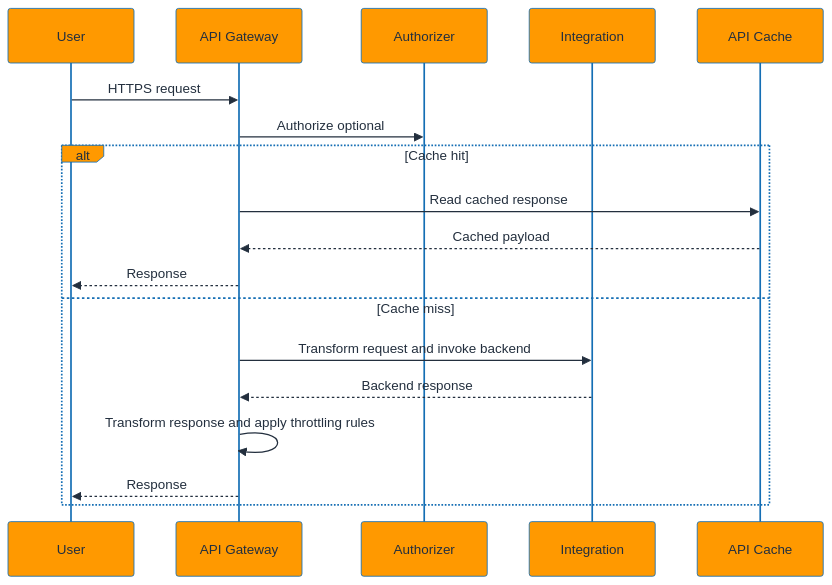
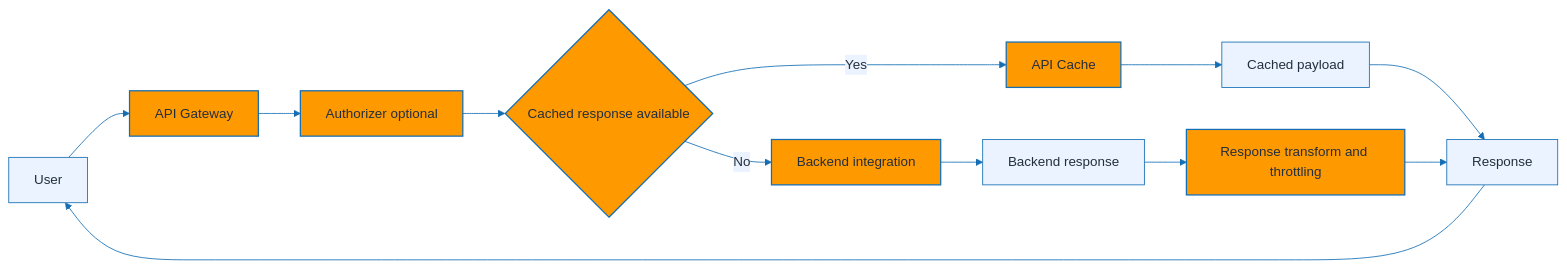
The fifth of 31 diagrams in Serverless/README.md (ShasidharReddy/AWS-Cloud-Engineer), drawn with Mermaid before and after one commit. The commit also changed other lines of this file and 14 other files, not shown here.

Commit message:
fix: resolve Mermaid rendering errors and add official AWS documentation links (#4)

````diff
--- a/Serverless/README.md
+++ b/Serverless/README.md
@@ -271,21 +267,19 @@
 ```mermaid
 %%{init: {'theme': 'base', 'themeVariables': { 'fontFamily': 'Inter, Arial', 'primaryColor': '#FF9900', 'primaryTextColor': '#232F3E', 'primaryBorderColor': '#146EB4', 'lineColor': '#146EB4', 'secondaryColor': '#EAF3FF', 'tertiaryColor': '#FFFFFF', 'clusterBkg': '#F7F7F7', 'clusterBorder': '#146EB4' }}}%%
-sequenceDiagram
-    participant U as User
-    participant GW as API Gateway
-    participant Auth as Authorizer
-    participant Int as Integration
-    participant Cache as API Cache
-    U->>GW: HTTPS request
-    GW->>Auth: Authorize optional
-    alt Cache hit
-        GW->>Cache: Read cached response
-        Cache-->>GW: Cached payload
-        GW-->>U: Response
-    else Cache miss
-        GW->>Int: Transform request and invoke backend
-        Int-->>GW: Backend response
-        GW->>GW: Transform response and apply throttling rules
-        GW-->>U: Response
-    end
+flowchart LR
+    User[User] --> Gateway[API Gateway]
+    Gateway --> Authorizer[Authorizer optional]
+    Authorizer --> CacheDecision{Cached response available}
+    CacheDecision -->|Yes| Cache[API Cache]
+    Cache --> CachedPayload[Cached payload]
+    CachedPayload --> Response[Response]
+    CacheDecision -->|No| Integration[Backend integration]
+    Integration --> BackendResponse[Backend response]
+    BackendResponse --> Transform[Response transform and throttling]
+    Transform --> Response
+    Response --> User
+    classDef aws fill:#FF9900,color:#232F3E,stroke:#146EB4,stroke-width:1.5px;
+    classDef support fill:#EAF3FF,color:#232F3E,stroke:#146EB4,stroke-width:1px;
+    class Gateway,Authorizer,Cache,Integration,Transform,CacheDecision aws;
+    class User,CachedPayload,BackendResponse,Response support;
 ```
````
